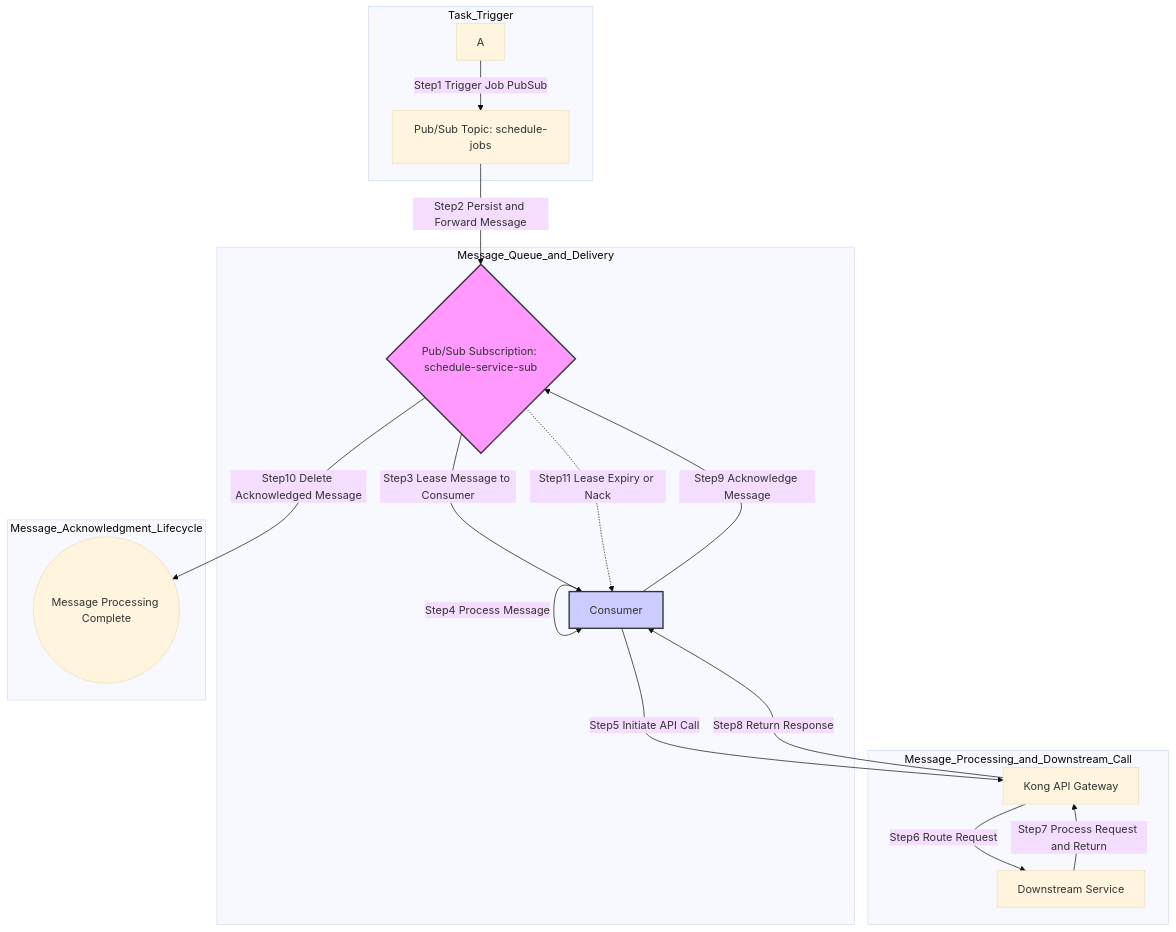
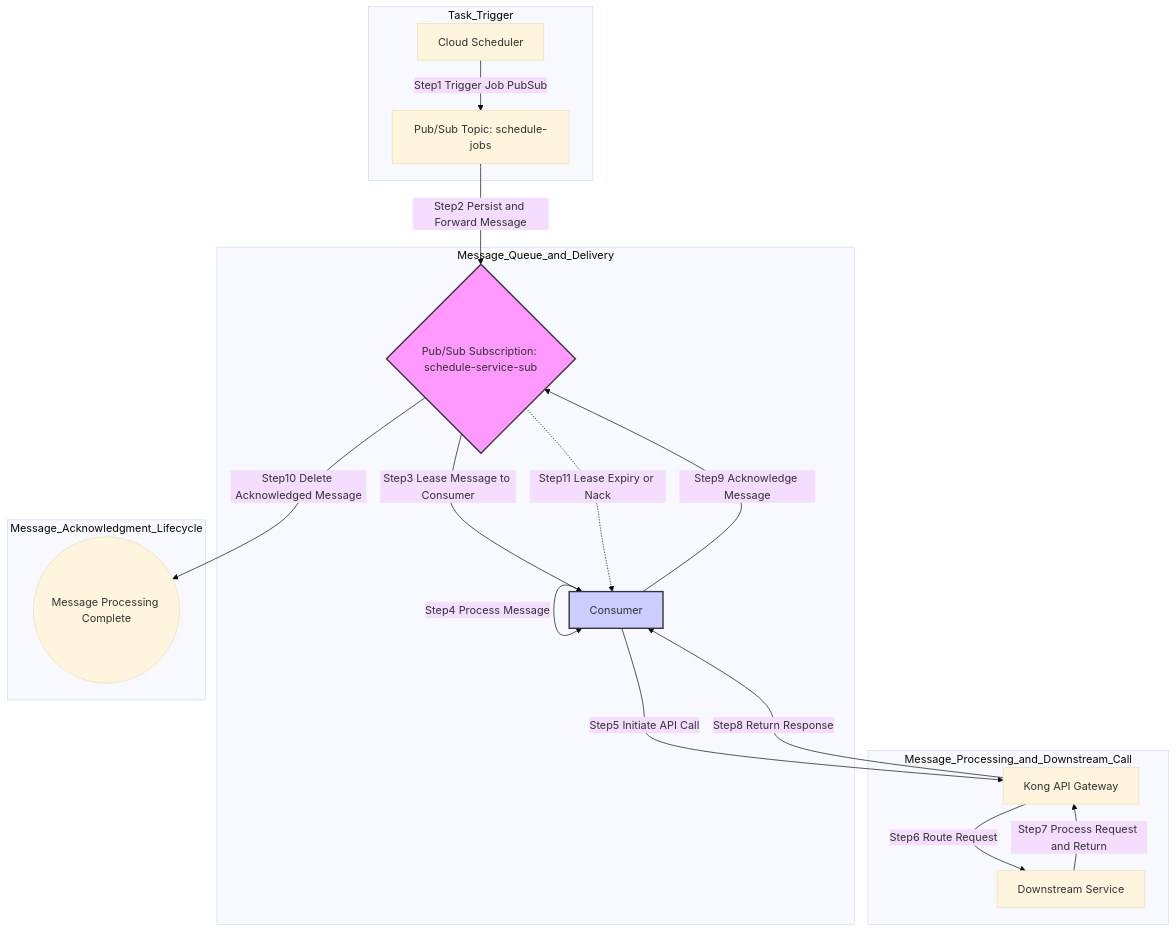
The fourth of 4 diagrams in gcp/pub-sub/pub-sub-message.md (aibangjuxin/knowledge), drawn with Mermaid (base theme) before and after one commit. The commit also changed other lines of this file and 19 other files, not shown here.

Commit message:
This is for my macOS git push or pull at Sun Jul  6 11:14:46 CST 2025. Last changed file: gcp/pub-sub/pub-sub-thread.md

````diff
--- a/gcp/pub-sub/pub-sub-message.md
+++ b/gcp/pub-sub/pub-sub-message.md
@@ -110,25 +108,25 @@
 ```mermaid
 flowchart TD
     subgraph Task_Trigger
-        A -->|Step1 Trigger Job PubSub| B[Pub/Sub Topic: schedule-jobs]
+        A[Cloud Scheduler] -->|Step1 Trigger Job PubSub| B[Pub/Sub Topic: schedule-jobs]
     end
     subgraph Message_Queue_and_Delivery
         B -->|Step2 Persist and Forward Message| C{Pub/Sub Subscription: schedule-service-sub}
         C -->|Step3 Lease Message to Consumer| D[Consumer]
     end
     subgraph Message_Processing_and_Downstream_Call
         D -->|Step4 Process Message| D
         D -->|Step5 Initiate API Call| E[Kong API Gateway]
         E -->|Step6 Route Request| F[Downstream Service]
         F -->|Step7 Process Request and Return| E
         E -->|Step8 Return Response| D
     end
     subgraph Message_Acknowledgment_Lifecycle
         D -->|Step9 Acknowledge Message| C
         C -->|Step10 Delete Acknowledged Message| X((Message Processing Complete))
         C -.->|Step11 Lease Expiry or Nack| D
     end
 
     style C fill:#f9f,stroke:#333,stroke-width:2px
     style D fill:#ccf,stroke:#333,stroke-width:2px
 ```
````
